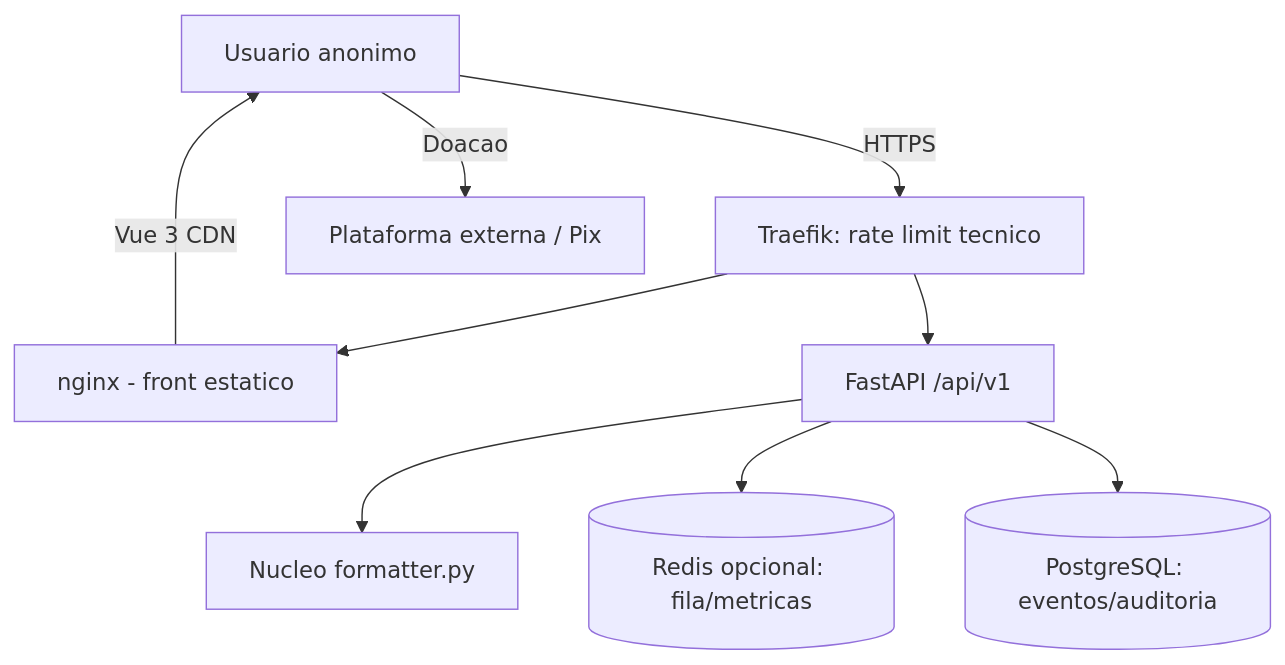
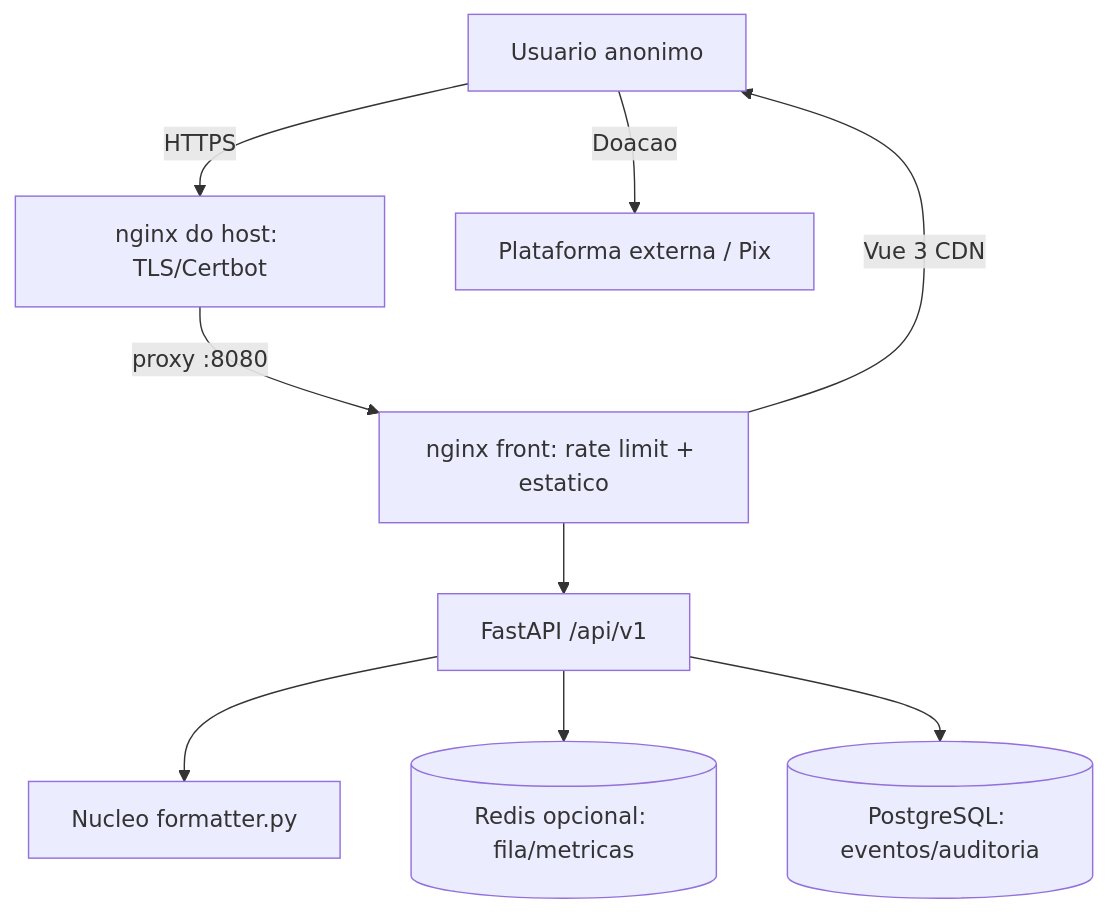
The diagram in docs/specs/visao-geral.md (TolkYo/Formata-ABNT-PY), drawn with Mermaid before and after one commit. The commit also changed other lines of this file and 8 other files, not shown here.

````diff
--- a/docs/specs/visao-geral.md
+++ b/docs/specs/visao-geral.md
@@ -49,11 +49,11 @@
 ```mermaid
 graph TD
-    U[Usuario anonimo] -->|HTTPS| T[Traefik: rate limit tecnico]
-    T --> N[nginx - front estatico]
-    T --> A[FastAPI /api/v1]
+    U[Usuario anonimo] -->|HTTPS| T[nginx do host: TLS/Certbot]
+    T -->|proxy :8080| N[nginx front: rate limit + estatico]
+    N --> A[FastAPI /api/v1]
     N -->|Vue 3 CDN| U
     A --> FMT[Nucleo formatter.py]
     A --> R[(Redis opcional: fila/metricas)]
     A --> DB[(PostgreSQL: eventos/auditoria)]
     U -->|Doacao| DON[Plataforma externa / Pix]
 ```
````
